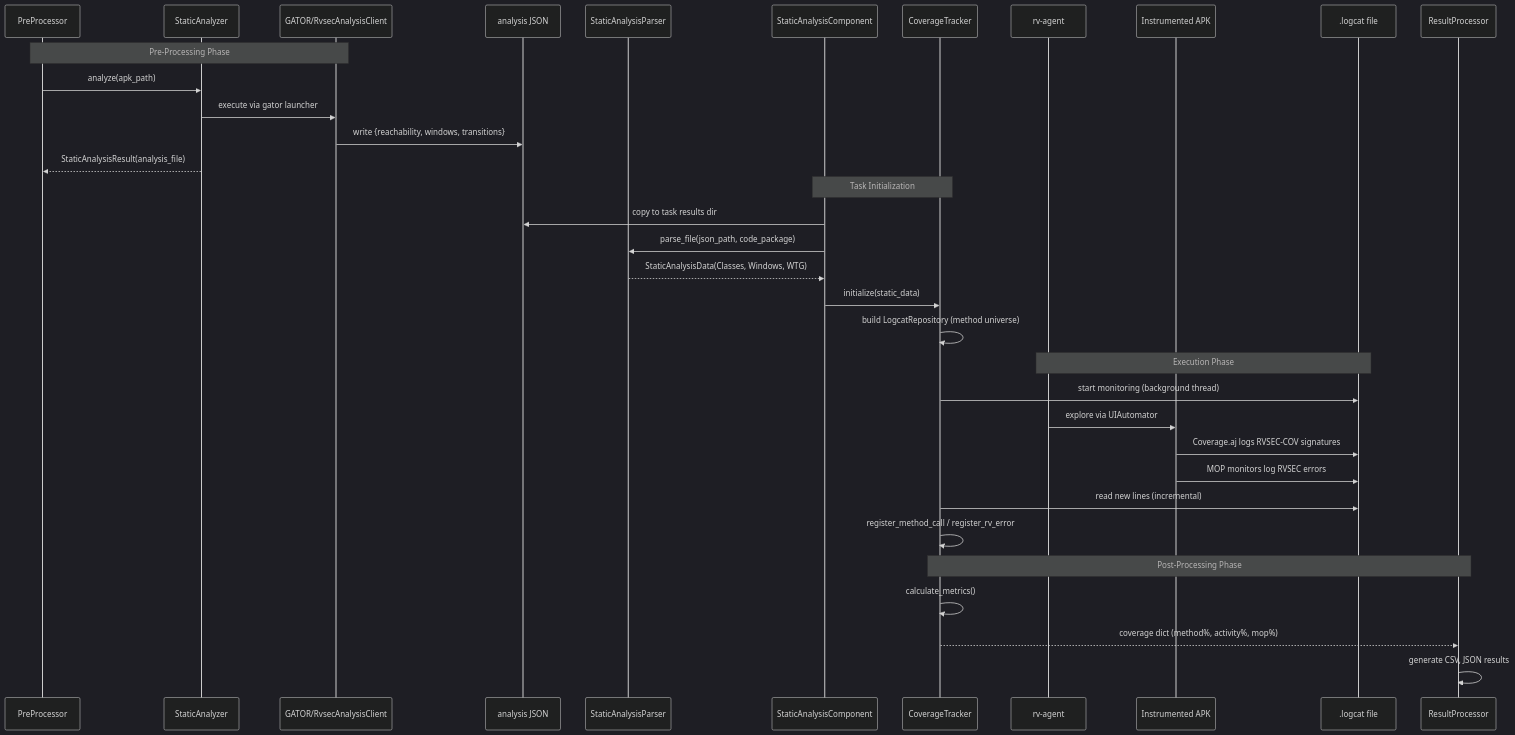
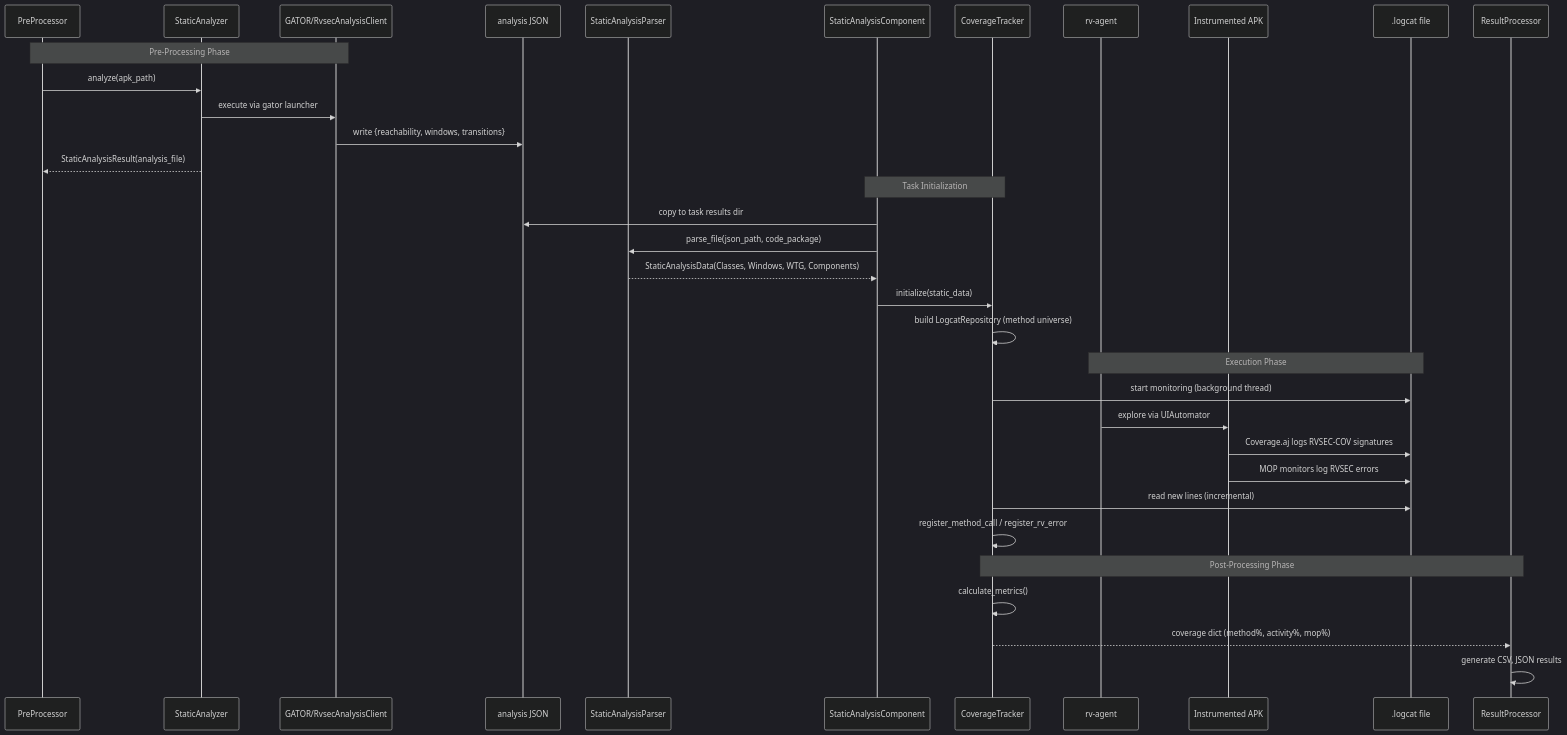
Before and after one commit to PAMunb/rvsec: the diagram in rv-android/openspec/specs/analysis/spec.md, drawn with Mermaid (dark theme). The commit also changed other lines of this file and 8 other files, not shown here.

First line of the commit message:
feat(gh46): parse components{} section in StaticAnalysisParser

````diff
--- a/rv-android/openspec/specs/analysis/spec.md
+++ b/rv-android/openspec/specs/analysis/spec.md
@@ -36,40 +36,40 @@
 ```mermaid
 sequenceDiagram
     participant Pre as PreProcessor
     participant SA as StaticAnalyzer
     participant GATOR as GATOR/RvsecAnalysisClient
     participant JSON as analysis JSON
     participant Parser as StaticAnalysisParser
     participant SAC as StaticAnalysisComponent
     participant CT as CoverageTracker
     participant Agent as rv-agent
     participant APK as Instrumented APK
     participant LC as .logcat file
     participant RP as ResultProcessor
 
     Note over Pre,GATOR: Pre-Processing Phase
     Pre->>SA: analyze(apk_path)
     SA->>GATOR: execute via gator launcher
     GATOR->>JSON: write {reachability, windows, transitions}
     SA-->>Pre: StaticAnalysisResult(analysis_file)
 
     Note over SAC,CT: Task Initialization
     SAC->>JSON: copy to task results dir
     SAC->>Parser: parse_file(json_path, code_package)
-    Parser-->>SAC: StaticAnalysisData(Classes, Windows, WTG)
+    Parser-->>SAC: StaticAnalysisData(Classes, Windows, WTG, Components)
     SAC->>CT: initialize(static_data)
     CT->>CT: build LogcatRepository (method universe)
 
     Note over Agent,LC: Execution Phase
     CT->>LC: start monitoring (background thread)
     Agent->>APK: explore via UIAutomator
     APK->>LC: Coverage.aj logs RVSEC-COV signatures
     APK->>LC: MOP monitors log RVSEC errors
     CT->>LC: read new lines (incremental)
     CT->>CT: register_method_call / register_rv_error
 
     Note over CT,RP: Post-Processing Phase
     CT->>CT: calculate_metrics()
     CT-->>RP: coverage dict (method%, activity%, mop%)
     RP->>RP: generate CSV, JSON results
 ```
````
